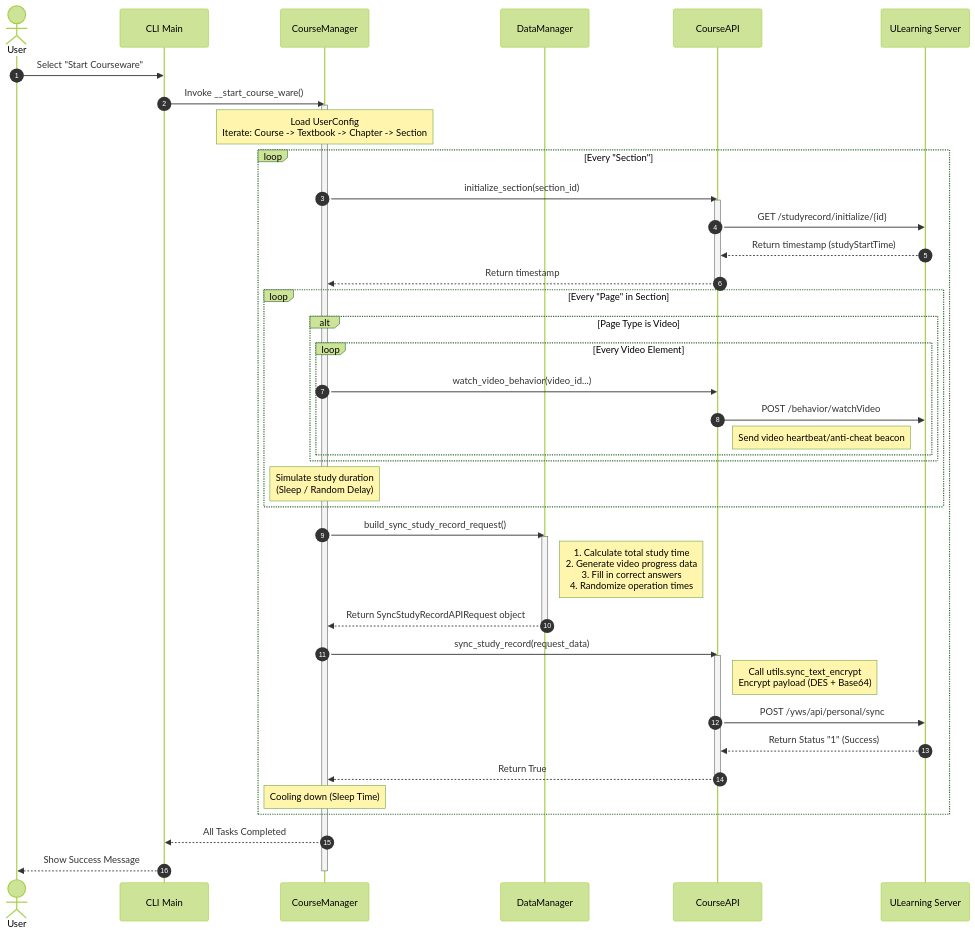
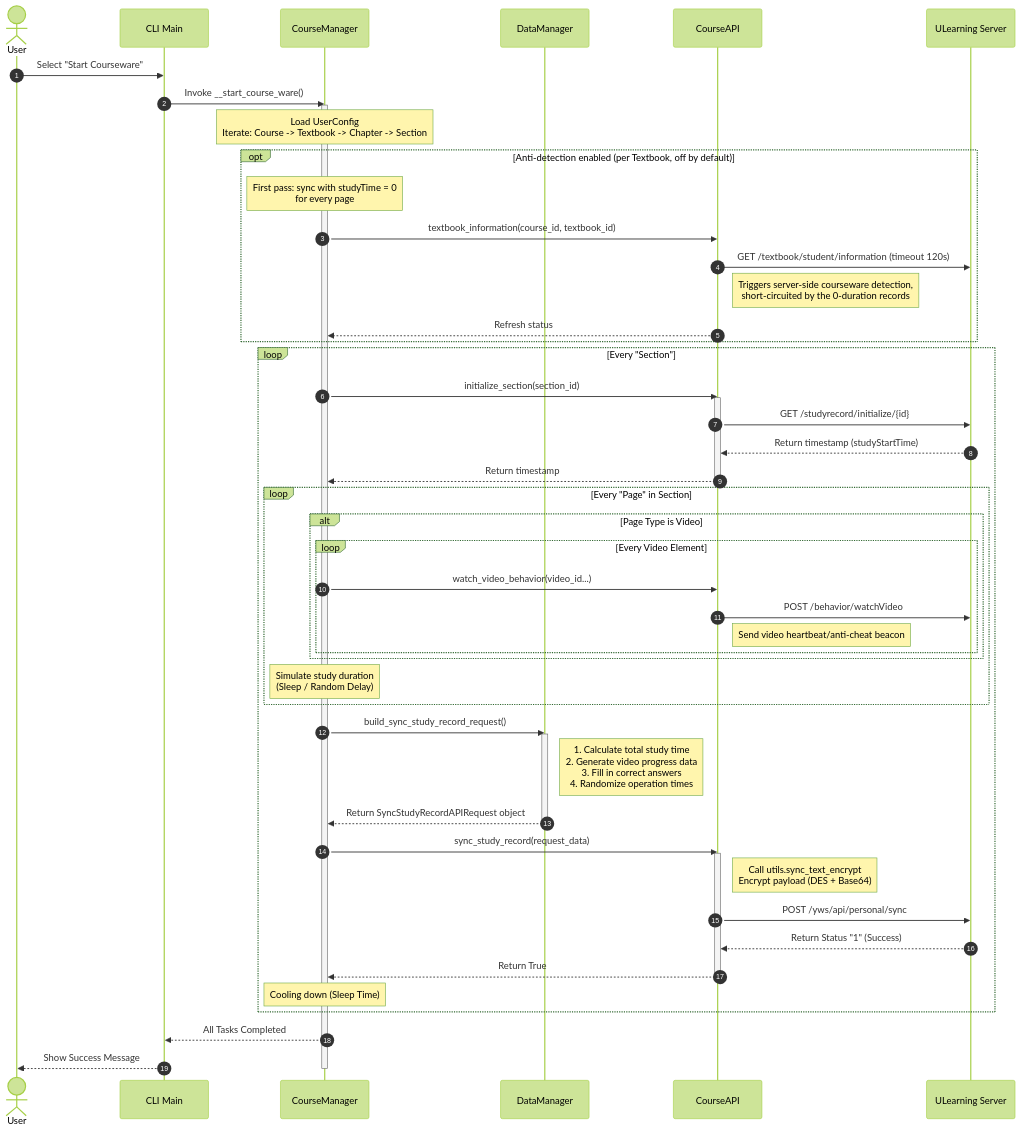
One commit to ChinoKou/UCourseAuto changed the diagram in README.en.md. Above: the diagram before and after it, drawn with Mermaid (forest theme). The commit also changed other lines of this file and 33 other files, not shown here.

````diff
--- a/README.en.md
+++ b/README.en.md
@@ -74,56 +99,64 @@
 ```mermaid
 sequenceDiagram
     autonumber
     actor User
     participant Main as CLI Main
     participant CM as CourseManager
     participant DM as DataManager
     participant API as CourseAPI
     participant Server as ULearning Server
 
     User->>Main: Select "Start Courseware"
     Main->>CM: Invoke __start_course_ware()
     activate CM
-    
+
     Note over CM: Load UserConfig<br/>Iterate: Course -> Textbook -> Chapter -> Section
+
+    opt Anti-detection enabled (per Textbook, off by default)
+        Note over CM: First pass: sync with studyTime = 0<br/>for every page
+        CM->>API: textbook_information(course_id, textbook_id)
+        API->>Server: GET /textbook/student/information (timeout 120s)
+        Note right of API: Triggers server-side courseware detection,<br/>short-circuited by the 0-duration records
+        API-->>CM: Refresh status
+    end
 
     loop Every "Section"
         CM->>API: initialize_section(section_id)
         activate API
         API->>Server: GET /studyrecord/initialize/{id}
         Server-->>API: Return timestamp (studyStartTime)
         API-->>CM: Return timestamp
         deactivate API
 
         loop Every "Page" in Section
             alt Page Type is Video
                 loop Every Video Element
                     CM->>API: watch_video_behavior(video_id...)
                     API->>Server: POST /behavior/watchVideo
                     Note right of API: Send video heartbeat/anti-cheat beacon
                 end
             end
             Note over CM: Simulate study duration<br/>(Sleep / Random Delay)
         end
 
         CM->>DM: build_sync_study_record_request()
         activate DM
         Note right of DM: 1. Calculate total study time<br/>2. Generate video progress data<br/>3. Fill in correct answers<br/>4. Randomize operation times
         DM-->>CM: Return SyncStudyRecordAPIRequest object
         deactivate DM
 
         CM->>API: sync_study_record(request_data)
         activate API
         Note right of API: Call utils.sync_text_encrypt<br/>Encrypt payload (DES + Base64)
         API->>Server: POST /yws/api/personal/sync
         Server-->>API: Return Status "1" (Success)
         API-->>CM: Return True
         deactivate API
 
         Note over CM: Cooling down (Sleep Time)
     end
 
     CM-->>Main: All Tasks Completed
     Main-->>User: Show Success Message
     deactivate CM
 ```
````
